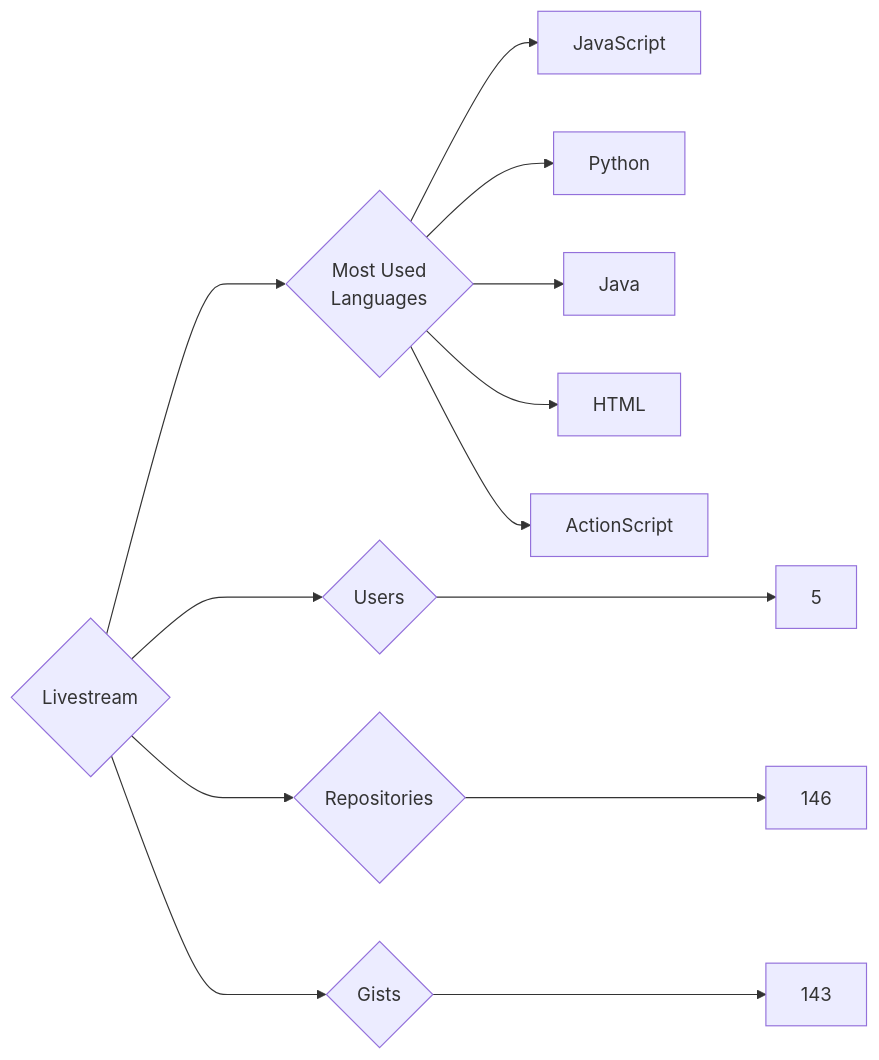
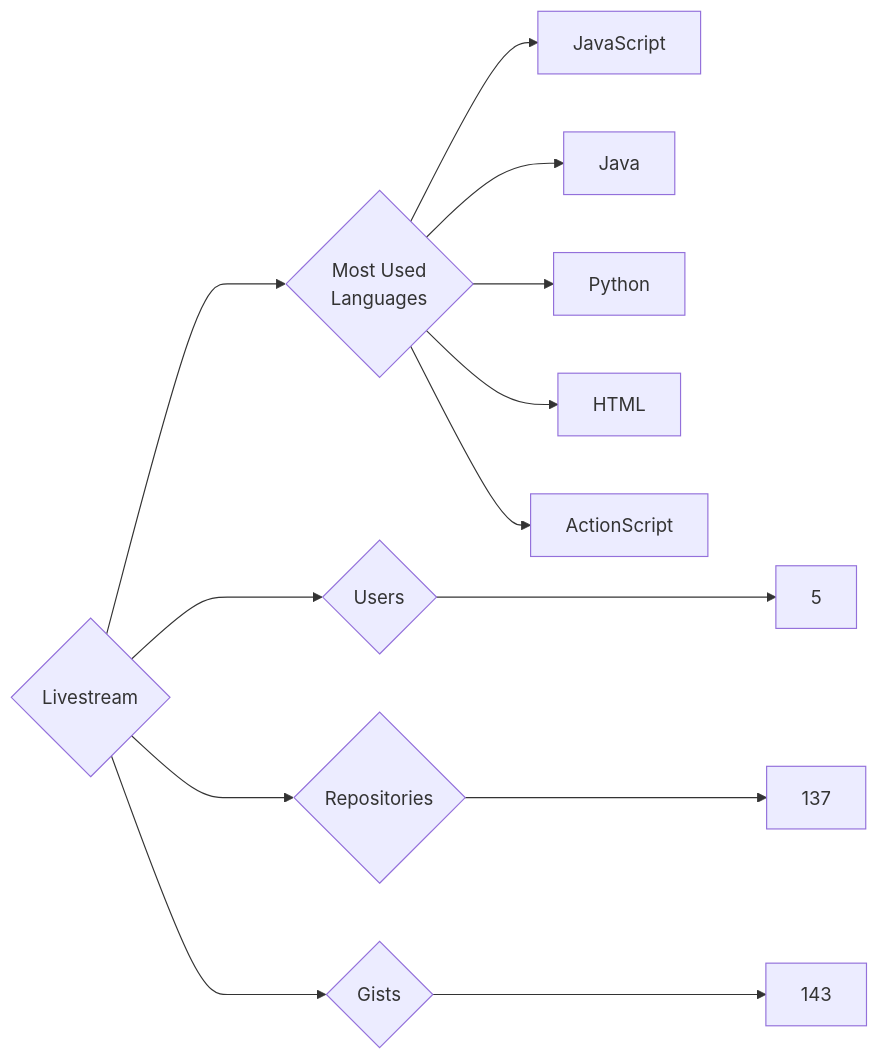
The diagram in targets/Livestream/README.md (trickest/insiders), drawn with Mermaid before and after one commit. The commit also changed 773 other files, not shown here.

````diff
--- a/targets/Livestream/README.md
+++ b/targets/Livestream/README.md
@@ -3,13 +3,13 @@
 ```mermaid
 graph LR
 COMPANY_NAME{Livestream}
 COMPANY_NAME ---> U{Users} ---> UN[5]
-COMPANY_NAME ---> R{Repositories} ---> RN[146]
+COMPANY_NAME ---> R{Repositories} ---> RN[137]
 COMPANY_NAME ---> G{Gists} ---> GN[143]
 COMPANY_NAME ---> ML{Most Used<br>Languages}
 ML --> JavaScript[JavaScript]
+ML --> Java[Java]
 ML --> Python[Python]
-ML --> Java[Java]
 ML --> HTML[HTML]
 ML --> ActionScript[ActionScript]
 ```
````
